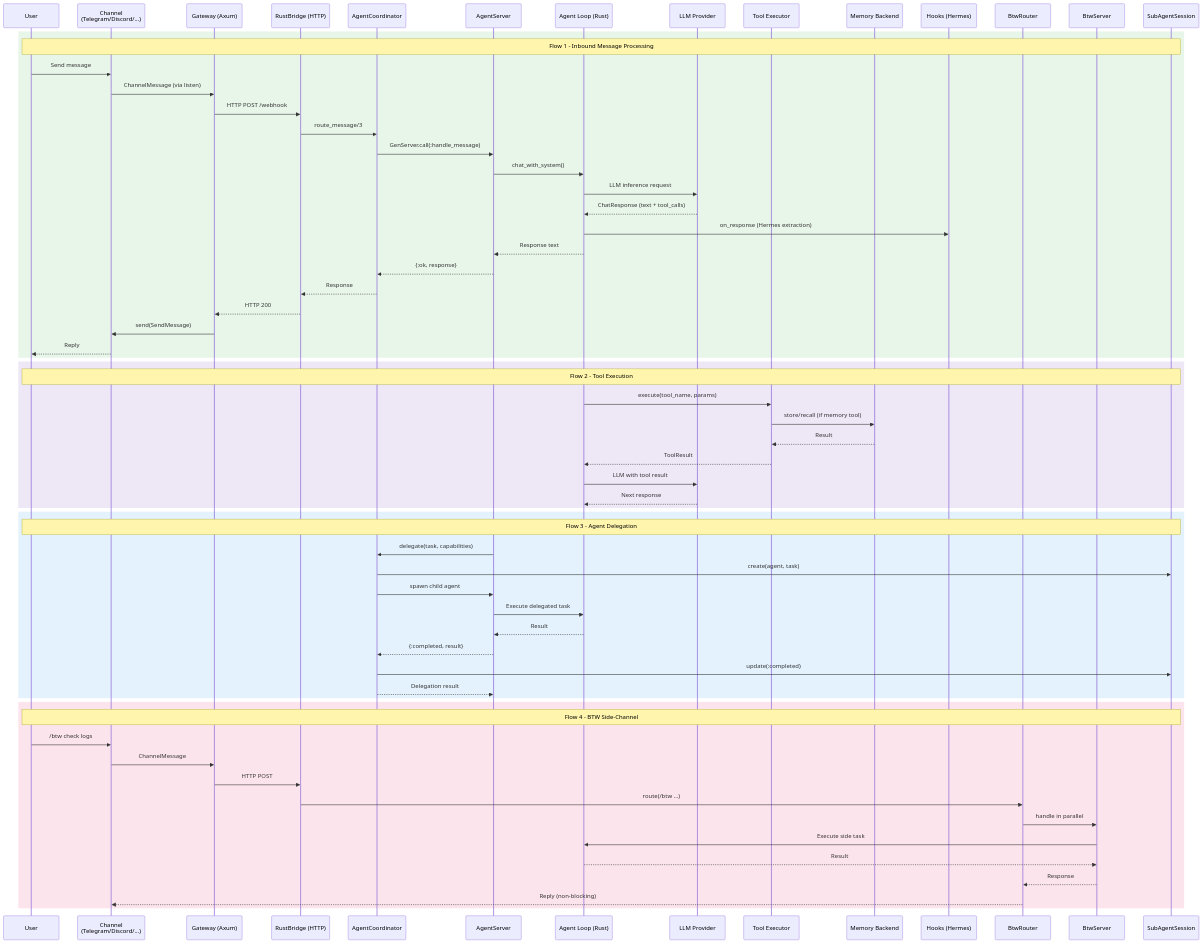
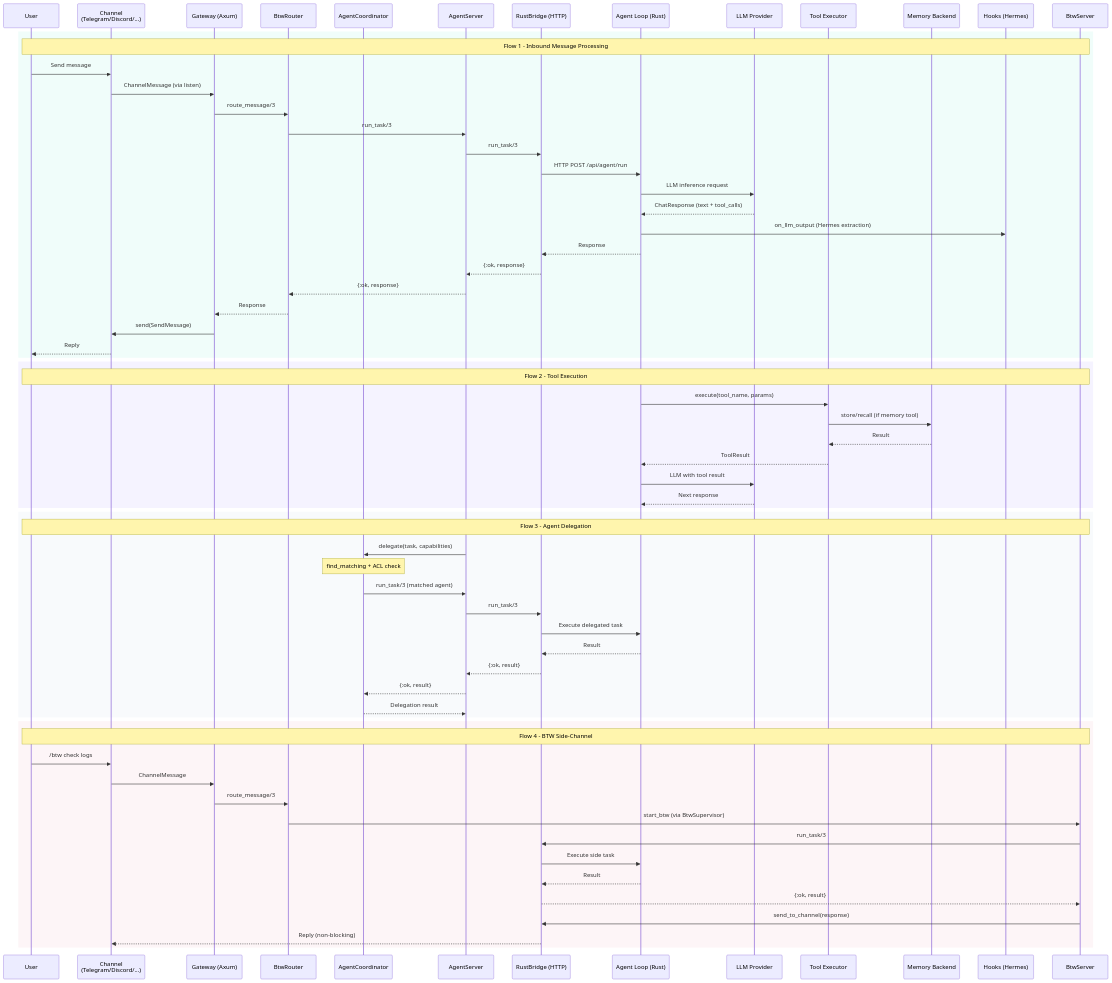
The diagram in docs/diagrams/03-message-flow.mmd (tezra-io/rustyclaw), drawn with Mermaid before and after one commit. The commit also changed 11 other files, not shown here.

First line of the commit message:
feat(TEZ-268): Redesign architecture diagrams with Figma + enterprise palette

```diff
--- a/docs/diagrams/03-message-flow.mmd
+++ b/docs/diagrams/03-message-flow.mmd
@@ -1,69 +1,70 @@
 sequenceDiagram
     participant User
     participant Channel as Channel<br/>(Telegram/Discord/...)
     participant Gateway as Gateway (Axum)
-    participant RustBridge as RustBridge (HTTP)
+    participant BtwRouter as BtwRouter
     participant Coordinator as AgentCoordinator
     participant AgentSrv as AgentServer
+    participant RustBridge as RustBridge (HTTP)
     participant AgentLoop as Agent Loop (Rust)
     participant Provider as LLM Provider
     participant Tool as Tool Executor
     participant Memory as Memory Backend
     participant Hooks as Hooks (Hermes)
-    participant BtwRouter as BtwRouter
     participant BtwServer as BtwServer
-    participant SubSession as SubAgentSession
 
-    rect rgb(232, 245, 233)
-    Note over User, SubSession: Flow 1 - Inbound Message Processing
+    rect rgb(240, 253, 250)
+    Note over User, BtwServer: Flow 1 - Inbound Message Processing
     User->>Channel: Send message
     Channel->>Gateway: ChannelMessage (via listen)
-    Gateway->>RustBridge: HTTP POST /webhook
-    RustBridge->>Coordinator: route_message/3
-    Coordinator->>AgentSrv: GenServer.call(:handle_message)
-    AgentSrv->>AgentLoop: chat_with_system()
+    Gateway->>BtwRouter: route_message/3
+    BtwRouter->>AgentSrv: run_task/3
+    AgentSrv->>RustBridge: run_task/3
+    RustBridge->>AgentLoop: HTTP POST /api/agent/run
     AgentLoop->>Provider: LLM inference request
     Provider-->>AgentLoop: ChatResponse (text + tool_calls)
-    AgentLoop->>Hooks: on_response (Hermes extraction)
-    AgentLoop-->>AgentSrv: Response text
-    AgentSrv-->>Coordinator: {:ok, response}
-    Coordinator-->>RustBridge: Response
-    RustBridge-->>Gateway: HTTP 200
+    AgentLoop->>Hooks: on_llm_output (Hermes extraction)
+    AgentLoop-->>RustBridge: Response
+    RustBridge-->>AgentSrv: {:ok, response}
+    AgentSrv-->>BtwRouter: {:ok, response}
+    BtwRouter-->>Gateway: Response
     Gateway->>Channel: send(SendMessage)
     Channel-->>User: Reply
     end
 
-    rect rgb(237, 231, 246)
-    Note over User, SubSession: Flow 2 - Tool Execution
+    rect rgb(245, 243, 255)
+    Note over User, BtwServer: Flow 2 - Tool Execution
     AgentLoop->>Tool: execute(tool_name, params)
     Tool->>Memory: store/recall (if memory tool)
     Memory-->>Tool: Result
     Tool-->>AgentLoop: ToolResult
     AgentLoop->>Provider: LLM with tool result
     Provider-->>AgentLoop: Next response
     end
 
-    rect rgb(227, 242, 253)
-    Note over User, SubSession: Flow 3 - Agent Delegation
+    rect rgb(248, 250, 252)
+    Note over User, BtwServer: Flow 3 - Agent Delegation
     AgentSrv->>Coordinator: delegate(task, capabilities)
-    Coordinator->>SubSession: create(agent, task)
-    Coordinator->>AgentSrv: spawn child agent
-    AgentSrv->>AgentLoop: Execute delegated task
-    AgentLoop-->>AgentSrv: Result
-    AgentSrv-->>Coordinator: {:completed, result}
-    Coordinator->>SubSession: update(:completed)
+    Note over Coordinator: find_matching + ACL check
+    Coordinator->>AgentSrv: run_task/3 (matched agent)
+    AgentSrv->>RustBridge: run_task/3
+    RustBridge->>AgentLoop: Execute delegated task
+    AgentLoop-->>RustBridge: Result
+    RustBridge-->>AgentSrv: {:ok, result}
+    AgentSrv-->>Coordinator: {:ok, result}
     Coordinator-->>AgentSrv: Delegation result
     end
 
-    rect rgb(252, 228, 236)
-    Note over User, SubSession: Flow 4 - BTW Side-Channel
+    rect rgb(253, 245, 247)
+    Note over User, BtwServer: Flow 4 - BTW Side-Channel
     User->>Channel: /btw check logs
     Channel->>Gateway: ChannelMessage
-    Gateway->>RustBridge: HTTP POST
-    RustBridge->>BtwRouter: route(/btw ...)
-    BtwRouter->>BtwServer: handle in parallel
-    BtwServer->>AgentLoop: Execute side task
-    AgentLoop-->>BtwServer: Result
-    BtwServer-->>BtwRouter: Response
-    BtwRouter-->>Channel: Reply (non-blocking)
+    Gateway->>BtwRouter: route_message/3
+    BtwRouter->>BtwServer: start_btw (via BtwSupervisor)
+    BtwServer->>RustBridge: run_task/3
+    RustBridge->>AgentLoop: Execute side task
+    AgentLoop-->>RustBridge: Result
+    RustBridge-->>BtwServer: {:ok, result}
+    BtwServer->>RustBridge: send_to_channel(response)
+    RustBridge-->>Channel: Reply (non-blocking)
     end
```
